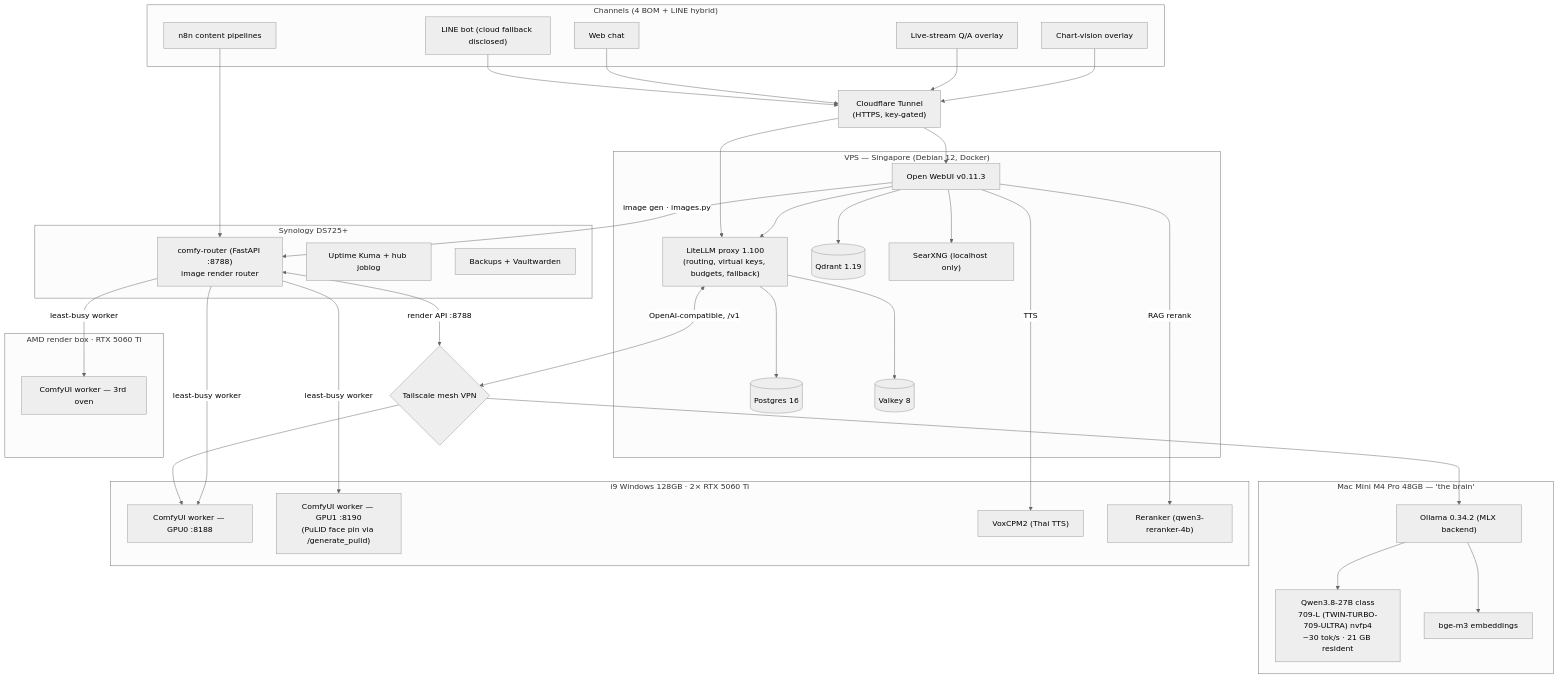
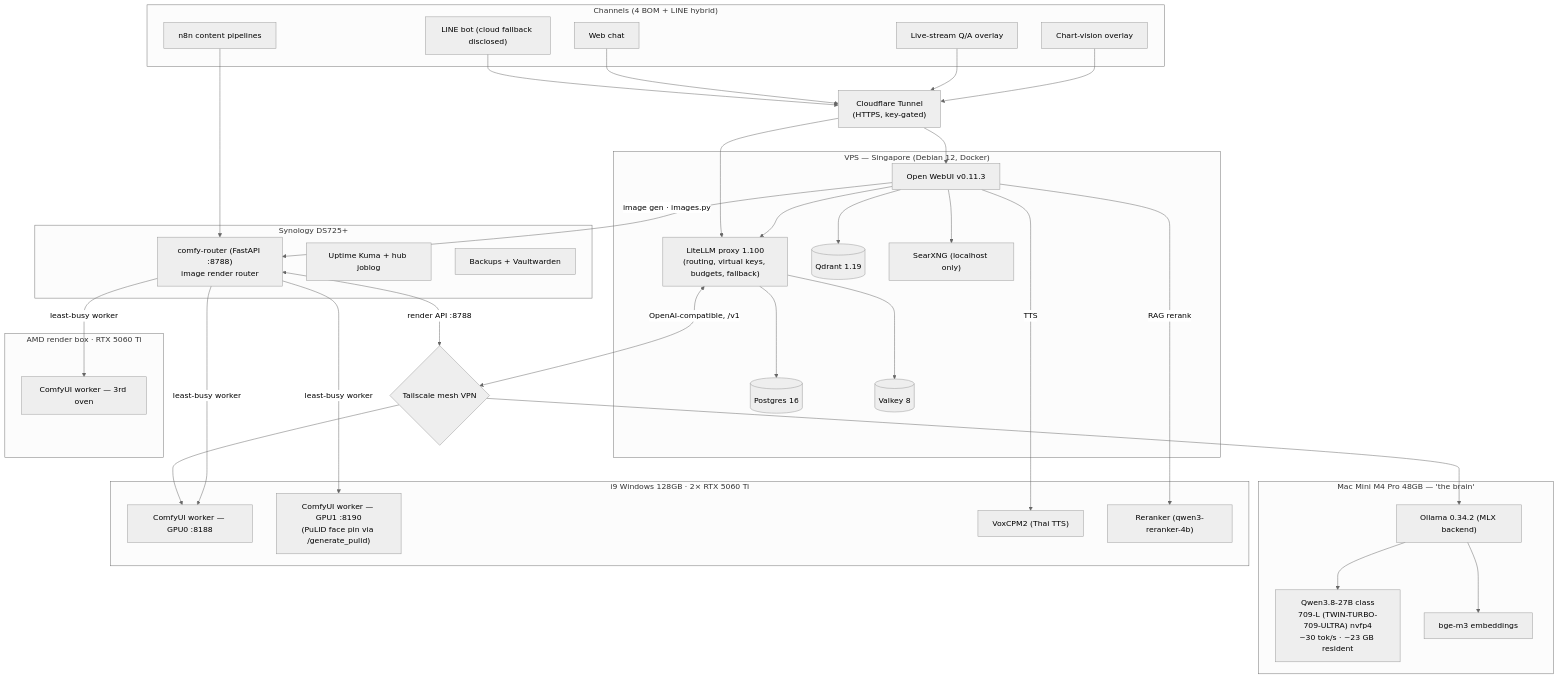
Before and after one commit to siamcafe/bomllm: the diagram in README.md, drawn with Mermaid (neutral theme). The commit also changed 1 other file, not shown here.

Commit message:
docs: README 21->~23GB resident; architecture relabel 709-L TWIN-TURBO + single qwen38-uni alias; ***REMOVED*** top_p 0.95 + num_predict 1024 + num_retries 2 align + ~27GB basis (K3 FIX-8/9/10)

````diff
--- a/README.md
+++ b/README.md
@@ -23,63 +23,63 @@
 ```mermaid
 flowchart TB
     subgraph USERS["Channels (4 BOM + LINE hybrid)"]
         WEB["Web chat"]
         N8NP["n8n content pipelines"]
         LSO["Live-stream Q/A overlay"]
         CVO["Chart-vision overlay"]
         LINE["LINE bot (cloud fallback disclosed)"]
     end
 
     CF["Cloudflare Tunnel<br/>(HTTPS, key-gated)"]
 
     subgraph VPS["VPS — Singapore (Debian 12, Docker)"]
         OW["Open WebUI v0.11.3"]
         LL["LiteLLM proxy 1.100<br/>(routing, virtual keys, budgets, fallback)"]
         PG[("Postgres 16")]
         QD[("Qdrant 1.19")]
         VY[("Valkey 8")]
         SX["SearXNG (localhost only)"]
     end
 
     TS{"Tailscale mesh VPN"}
 
     subgraph MAC["Mac Mini M4 Pro 48GB — 'the brain'"]
         OL["Ollama 0.34.2 (MLX backend)"]
-        M1["Qwen3.8-27B class<br/>709-L (TWIN-TURBO-709-ULTRA) nvfp4<br/>~30 tok/s · 21 GB resident"]
+        M1["Qwen3.8-27B class<br/>709-L (TWIN-TURBO-709-ULTRA) nvfp4<br/>~30 tok/s · ~23 GB resident"]
         EMB["bge-m3 embeddings"]
     end
 
     subgraph I9["i9 Windows 128GB · 2× RTX 5060 Ti"]
         CU0["ComfyUI worker — GPU0 :8188"]
         CU1["ComfyUI worker — GPU1 :8190<br/>(PuLID face pin via /generate_pulid)"]
         TTS["VoxCPM2 (Thai TTS)"]
         RR["Reranker (qwen3-reranker-4b)"]
     end
 
     subgraph AMD["AMD render box · RTX 5060 Ti"]
         CUA["ComfyUI worker — 3rd oven"]
     end
 
     subgraph NAS["Synology DS725+"]
         CR["comfy-router (FastAPI :8788)<br/>image render router"]
         MON["Uptime Kuma + hub joblog"]
         BAK["Backups + Vaultwarden"]
     end
 
     LINE & WEB & LSO & CVO --> CF
     N8NP --> CR
     CF --> OW & LL
     OW --> LL
     LL --> PG & VY
     OW --> SX
     OW --> QD
     LL <-->|"OpenAI-compatible, /v1"| TS
     CR <-->|"render API :8788"| TS
     TS --> OL
     TS --> CU0
     OL --> M1 & EMB
     OW -->|"image gen · images.py"| CR
     CR -->|"least-busy worker"| CU0 & CU1 & CUA
     OW -->|TTS| TTS
     OW -->|RAG rerank| RR
 ```
````
